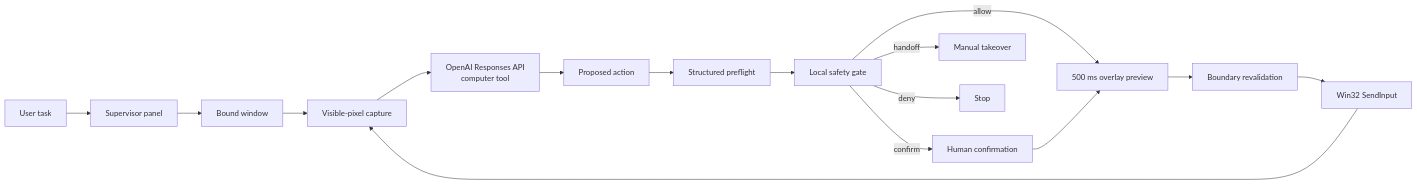
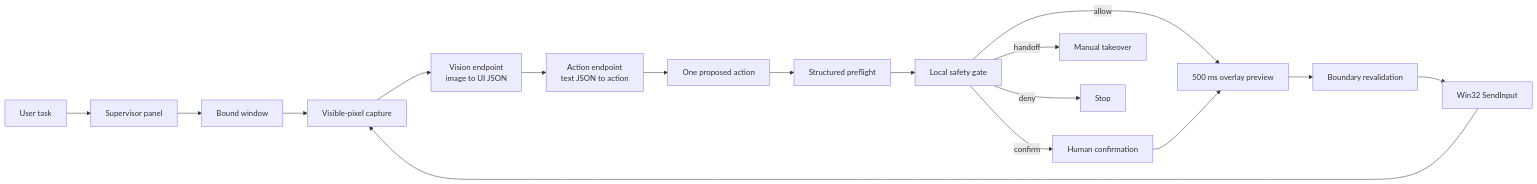
One commit to Dante9k/cyberbody changed the first of 2 diagrams in docs/architecture.md. Above: the diagram before and after it, drawn with Mermaid. The commit also changed other lines of this file and 18 other files, not shown here.

First line of the commit message:
feat: split vision and action model endpoints (#4)

````diff
--- a/docs/architecture.md
+++ b/docs/architecture.md
@@ -19,18 +19,19 @@
 ```mermaid
 flowchart LR
     U[User task] --> UI[Supervisor panel]
     UI --> W[Bound window]
     W --> C[Visible-pixel capture]
-    C --> O[OpenAI Responses API<br/>computer tool]
-    O --> P[Proposed action]
+    C --> O[Vision endpoint<br/>image to UI JSON]
+    O --> A[Action endpoint<br/>text JSON to action]
+    A --> P[One proposed action]
     P --> R[Structured preflight]
     R --> G[Local safety gate]
     G -->|allow| V[500 ms overlay preview]
     G -->|confirm| H[Human confirmation]
     G -->|handoff| M[Manual takeover]
     G -->|deny| X[Stop]
     H --> V
     V --> B[Boundary revalidation]
     B --> I[Win32 SendInput]
     I --> C
 ```
````
